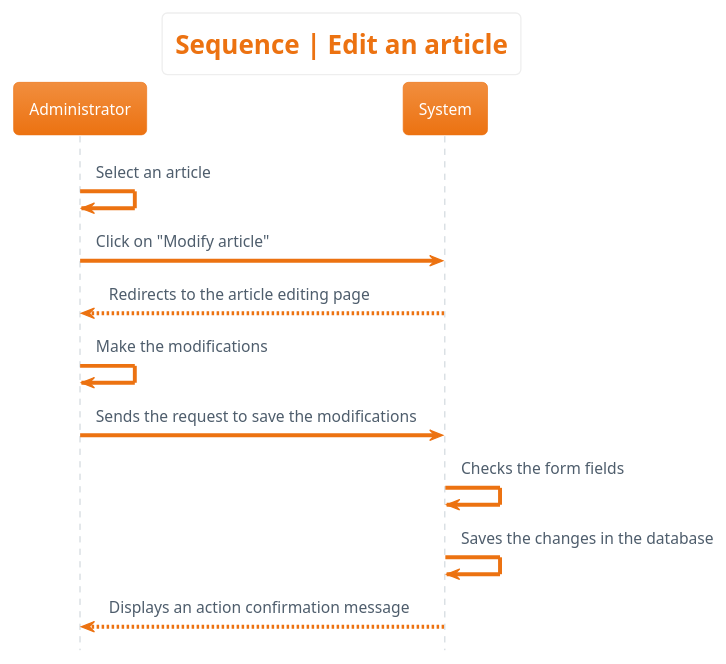
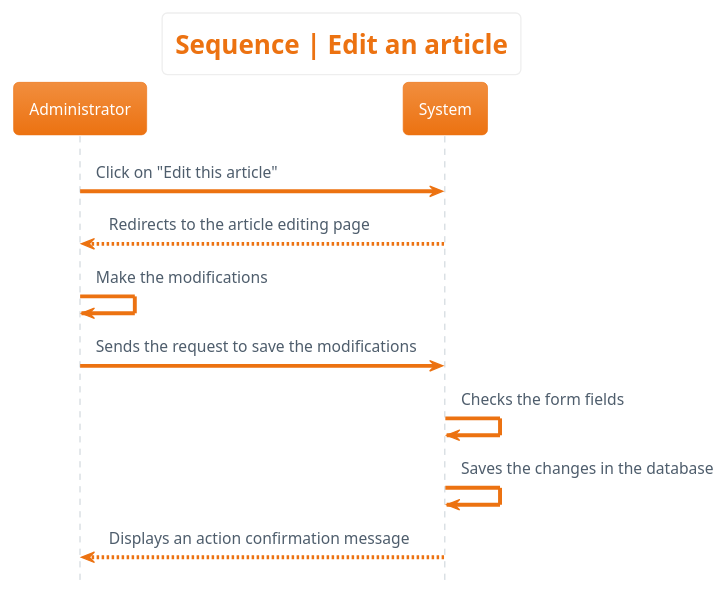
The diagram in 1_project_design/uml_diagrams/sequence/articles/edit_article/edit_article.plantuml (sebastien-d-me/SebBlog), drawn with PlantUML before and after one commit. The commit also changed 59 other files, not shown here.

First line of the commit message:
📝 Update the diagrams

```diff
--- a/1_project_design/uml_diagrams/sequence/articles/edit_article/edit_article.plantuml
+++ b/1_project_design/uml_diagrams/sequence/articles/edit_article/edit_article.plantuml
@@ -1,19 +1,18 @@
 @startuml sequence__edit_article
 hide footbox
 skinparam actorStyle awesome
 !theme aws-orange
 skinparam backgroundcolor White
 
 'Titre'
 title Sequence | Edit an article
 
 'Déroulement'
-Administrator -> Administrator : Select an article
-Administrator -> System : Click on "Modify article"
+Administrator -> System : Click on "Edit this article"
 System --> Administrator: Redirects to the article editing page
 Administrator -> Administrator : Make the modifications
 Administrator -> System : Sends the request to save the modifications
 System -> System : Checks the form fields
 System -> System : Saves the changes in the database
 System --> Administrator: Displays an action confirmation message
 @enduml
```
